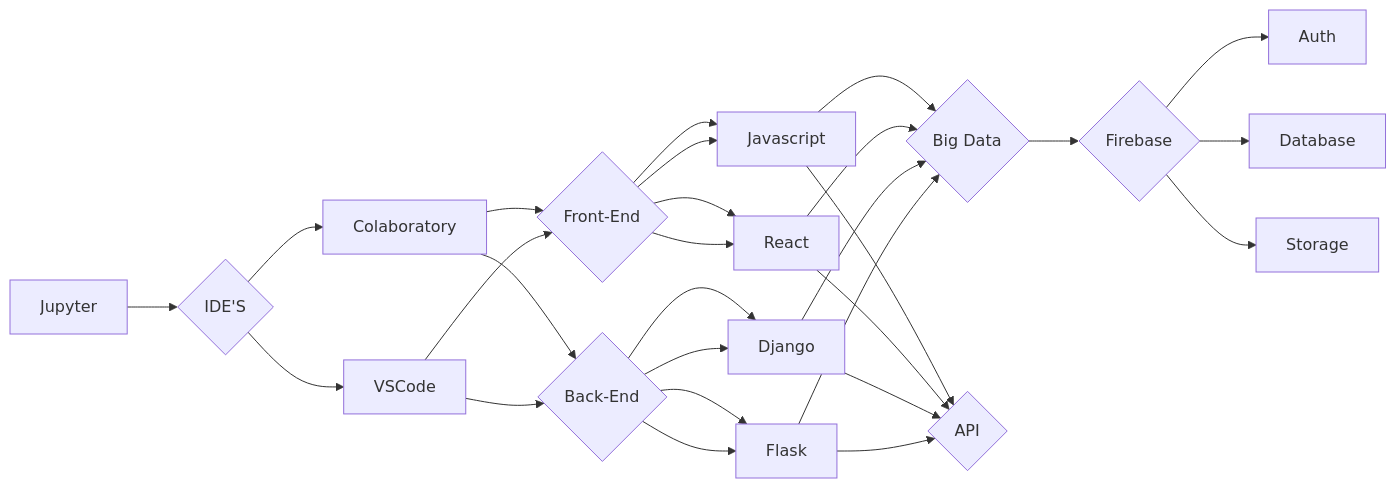
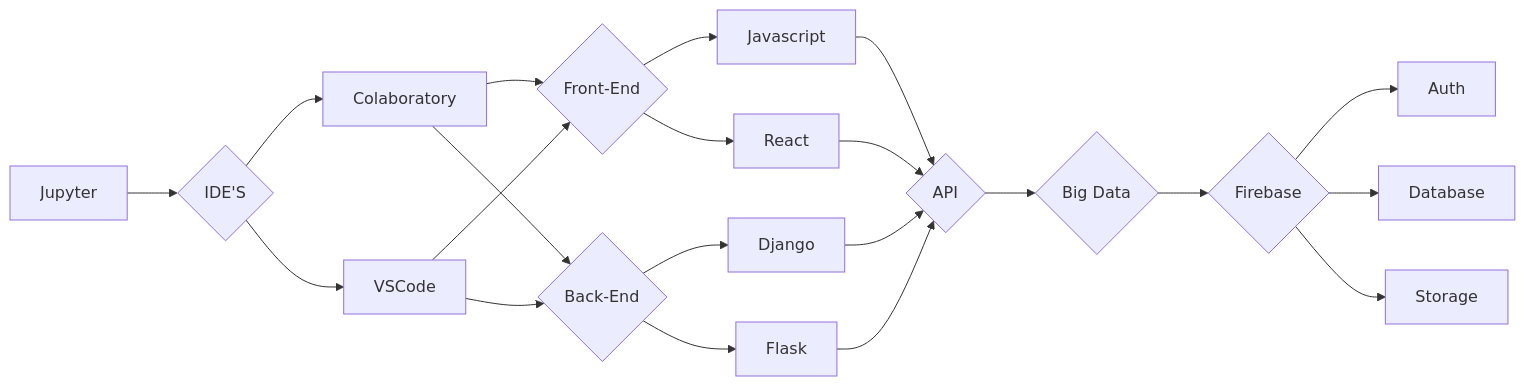
Before and after one commit to SauloCandeira/SauloCandeira: the first of 2 diagrams in README.md, drawn with Mermaid.

````diff
--- a/README.md
+++ b/README.md
@@ -61,35 +61,31 @@
 ```mermaid
 flowchart LR
 
 M[Jupyter] --> Z{IDE'S} 
 
 Z{IDE'S} --> K[Colaboratory]
 Z  --> L
 
 K[Colaboratory] --> A{Front-End} 
 K --> B{Back-End}
 L[VSCode] --> A{Front-End} 
 L --> B{Back-End}
 
-A{Front-End} --> I[Javascript] --> N{Big Data}
-A{Front-End} --> J[React] --> N{Big Data}
+A{Front-End} --> I[Javascript] --> O{API} 
+A{Front-End} --> J[React] --> O{API} 
 
-B{Back-End} --> G[Django] --> N{Big Data}
-B{Back-End} --> H[Flask] --> N{Big Data}
+B{Back-End} --> G[Django] --> O{API} 
+B{Back-End} --> H[Flask] --> O{API} 
 
-A{Front-End} --> I[Javascript] --> O{Build}
-A{Front-End} --> J[React] --> O{Build}
 
-B{Back-End} --> G[Django] --> O{Build}
-B{Back-End} --> H[Flask] --> O{Build}
 
-O{API} 
+O{API} --> N{Big Data}
 
 
 N{Big Data} --> C{Firebase}
 
 
 C --> D[Auth]
 C --> E[Database]
 C --> F[Storage]
 ```
````
